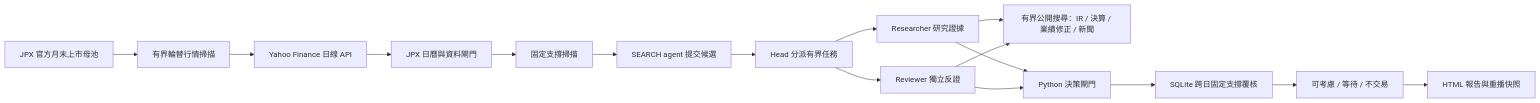
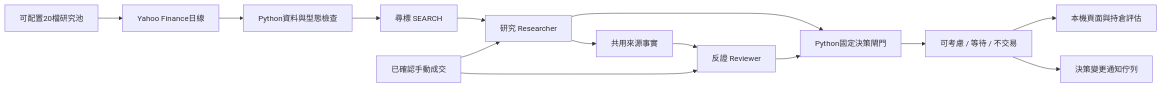
Before and after one commit to konakona-0827/STOCKLLMVER2: the diagram in README.md, drawn with Mermaid. The commit also changed other lines of this file and 36 other files, not shown here.

````diff
--- a/README.md
+++ b/README.md
@@ -7,18 +5,16 @@
 ```mermaid
 flowchart LR
-    U[JPX 官方月末上市母池] --> C[有界輪替行情掃描]
-    C --> Y[Yahoo Finance 日線 API]
-    Y --> D[JPX 日曆與資料閘門]
-    D --> S[固定支撐掃描]
-    S --> Q[SEARCH agent 提交候選]
-    Q --> H[Head 分派有界任務]
-    H --> A[Researcher 研究證據]
-    H --> B[Reviewer 獨立反證]
-    A --> W[有界公開搜尋：IR / 決算 / 業績修正 / 新聞]
-    B --> W
-    A --> G[Python 決策閘門]
+    U[可配置20檔研究池] --> Y[Yahoo Finance日線]
+    Y --> P[Python資料與型態檢查]
+    P --> S[尋標 SEARCH]
+    S --> A[研究 Researcher]
+    A --> F[共用來源事實]
+    F --> B[反證 Reviewer]
+    A --> G[Python固定決策閘門]
     B --> G
-    G --> L[SQLite 跨日固定支撐覆核]
-    L --> R[可考慮 / 等待 / 不交易]
-    R --> O[HTML 報告與重播快照]
+    G --> R[可考慮 / 等待 / 不交易]
+    H[已確認手動成交] --> A
+    H --> B
+    R --> D[本機頁面與持倉評估]
+    R --> N[決策變更通知佇列]
 ```
````
